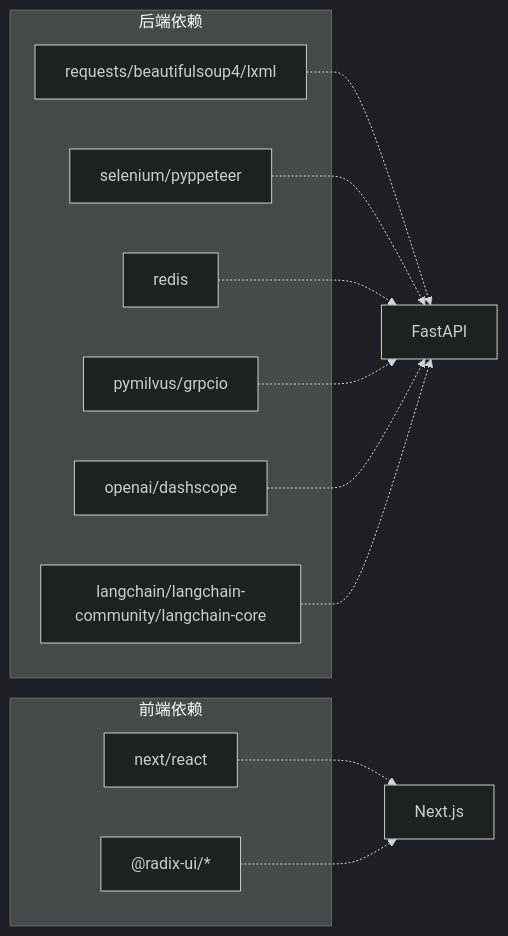
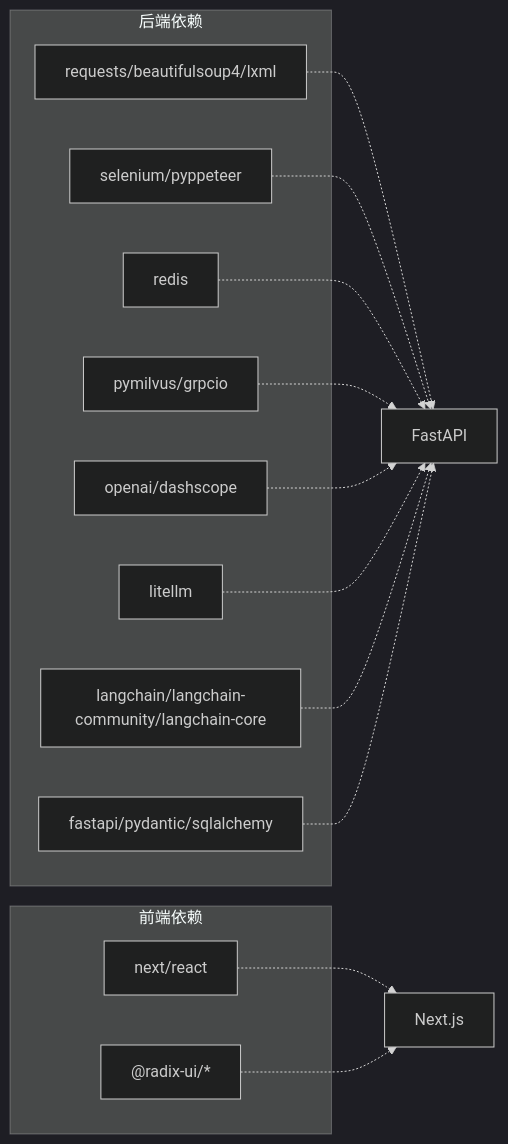
Before and after one commit to ghbbn053-ship-itsoulddog/soulddog: the seventh of 7 diagrams in .qoder/repowiki/zh/content/系统架构/系统架构.md, drawn with Mermaid (dark theme). The commit also changed other lines of this file and 119 other files, not shown here.

````diff
--- a/.qoder/repowiki/zh/content/系统架构/系统架构.md
+++ b/.qoder/repowiki/zh/content/系统架构/系统架构.md
@@ -294,23 +395,27 @@
 ```mermaid
 graph LR
 subgraph "后端依赖"
 REQ["requests/beautifulsoup4/lxml"]
 SELE["selenium/pyppeteer"]
 RED["redis"]
 MIL["pymilvus/grpcio"]
 LC["langchain/langchain-community/langchain-core"]
 OA["openai/dashscope"]
+LL["litellm"]
+ENDP["fastapi/pydantic/sqlalchemy"]
 end
 subgraph "前端依赖"
 NX["next/react"]
 UI["@radix-ui/*"]
 end
 REQ -.-> API["FastAPI"]
 SELE -.-> API
 RED -.-> API
 MIL -.-> API
 OA -.-> API
+LL -.-> API
 LC -.-> API
+ENDP -.-> API
 NX -.-> FE["Next.js"]
 UI -.-> FE
 ```
````
